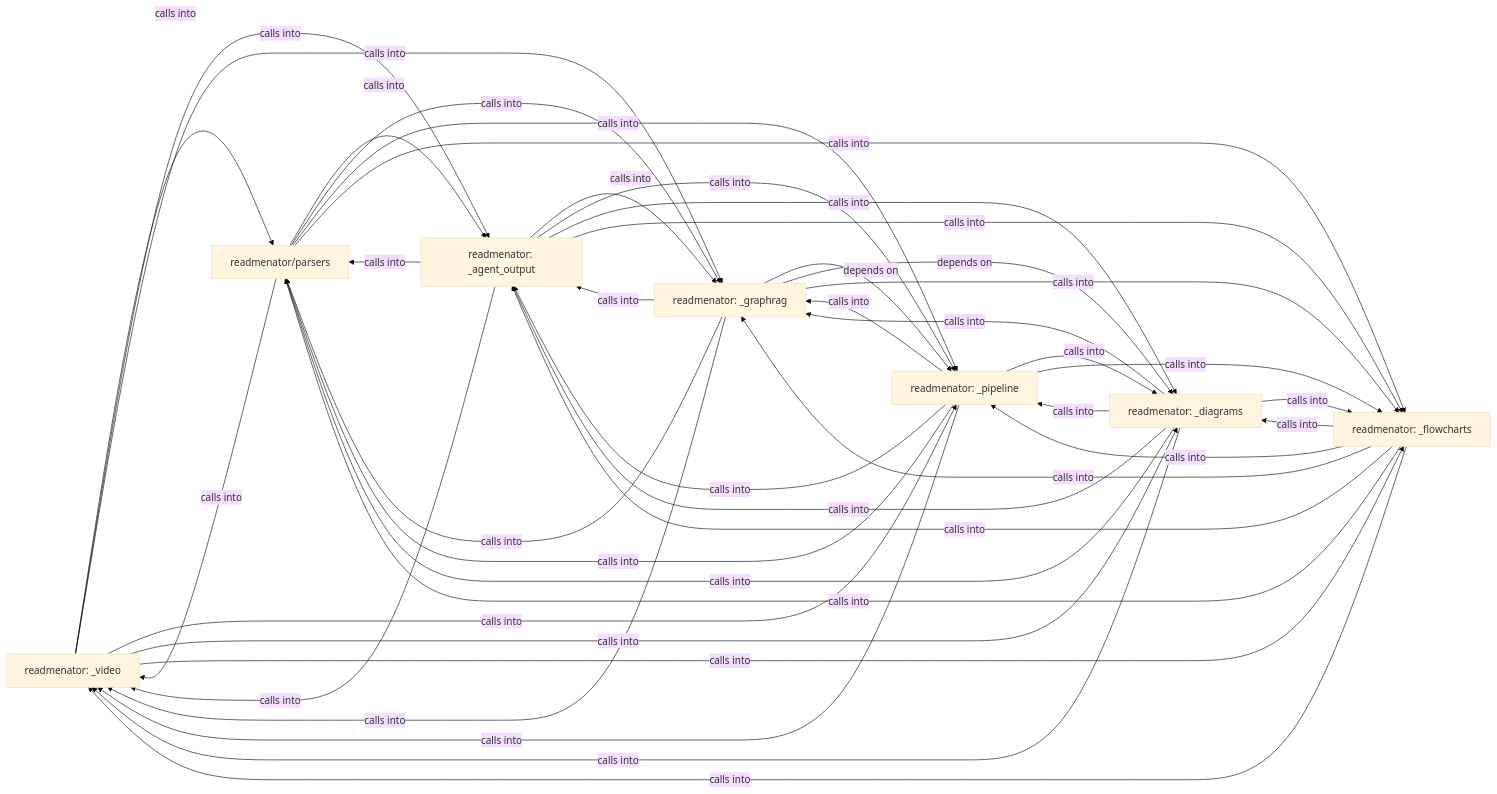
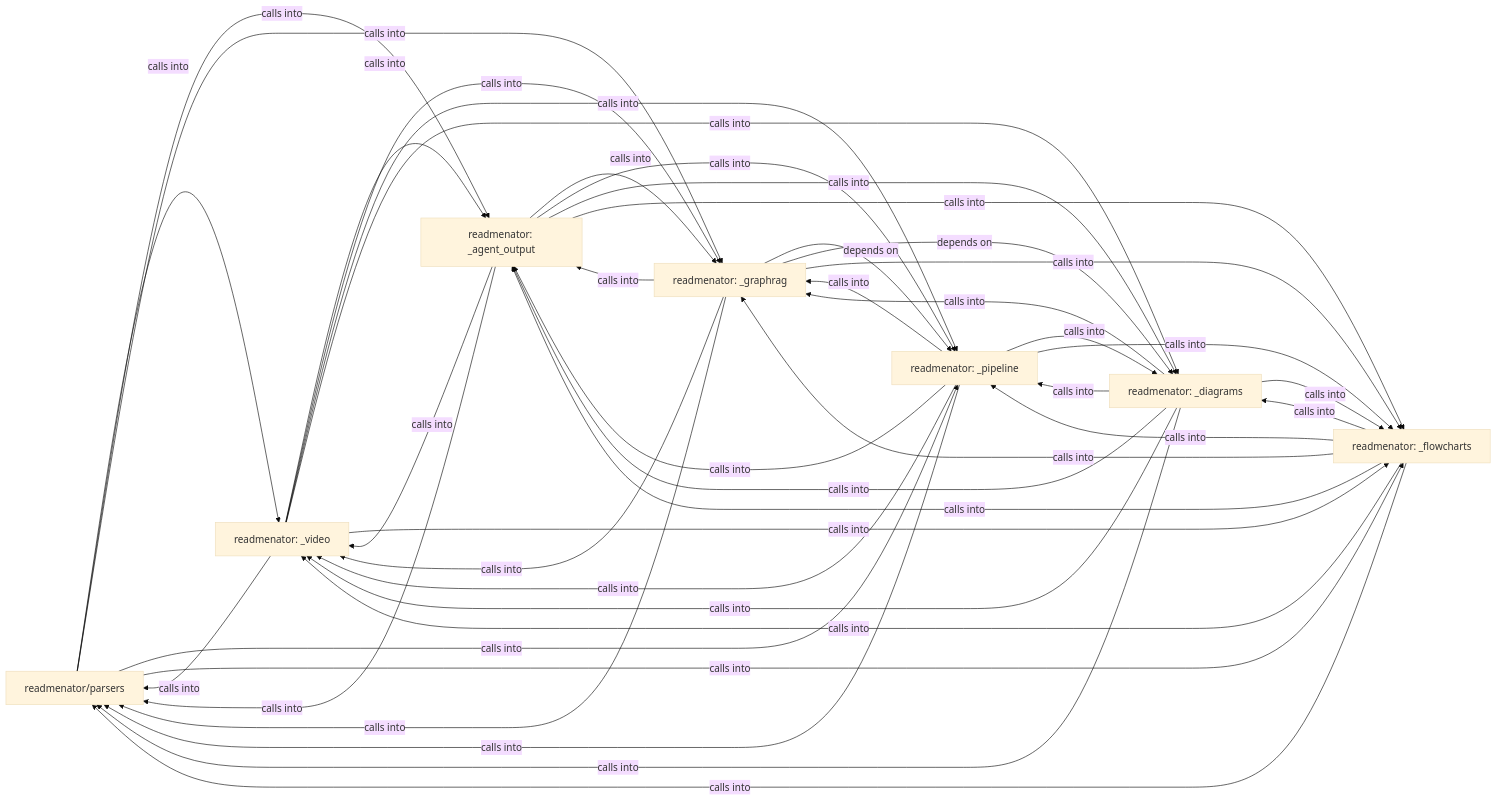
One commit to grisuno/ReadMenator changed the diagram in readmenator-diagrams/overview.md. Above: the diagram before and after it, drawn with Mermaid (base theme). The commit also changed other lines of this file and 187 other files, not shown here.

````diff
--- a/readmenator-diagrams/overview.md
+++ b/readmenator-diagrams/overview.md
@@ -1,58 +1,58 @@
 ```mermaid
 graph LR
+    readmenator_parsers["readmenator/parsers"]
     readmenator__video["readmenator: _video"]
-    readmenator_parsers["readmenator/parsers"]
     readmenator__agent_output["readmenator: _agent_output"]
     readmenator__graphrag["readmenator: _graphrag"]
     readmenator__pipeline["readmenator: _pipeline"]
     readmenator__diagrams["readmenator: _diagrams"]
     readmenator__flowcharts["readmenator: _flowcharts"]
+    readmenator_parsers -- "calls into" --> readmenator__video
+    readmenator_parsers -- "calls into" --> readmenator__agent_output
+    readmenator_parsers -- "calls into" --> readmenator__graphrag
+    readmenator_parsers -- "calls into" --> readmenator__pipeline
+    readmenator_parsers -- "calls into" --> readmenator__flowcharts
     readmenator__video -- "calls into" --> readmenator_parsers
     readmenator__video -- "calls into" --> readmenator__agent_output
     readmenator__video -- "calls into" --> readmenator__graphrag
     readmenator__video -- "calls into" --> readmenator__pipeline
     readmenator__video -- "calls into" --> readmenator__diagrams
     readmenator__video -- "calls into" --> readmenator__flowcharts
-    readmenator_parsers -- "calls into" --> readmenator__video
-    readmenator_parsers -- "calls into" --> readmenator__agent_output
-    readmenator_parsers -- "calls into" --> readmenator__graphrag
-    readmenator_parsers -- "calls into" --> readmenator__pipeline
-    readmenator_parsers -- "calls into" --> readmenator__flowcharts
+    readmenator__agent_output -- "calls into" --> readmenator_parsers
     readmenator__agent_output -- "calls into" --> readmenator__video
-    readmenator__agent_output -- "calls into" --> readmenator_parsers
     readmenator__agent_output -- "calls into" --> readmenator__graphrag
     readmenator__agent_output -- "calls into" --> readmenator__pipeline
     readmenator__agent_output -- "calls into" --> readmenator__diagrams
     readmenator__agent_output -- "calls into" --> readmenator__flowcharts
+    readmenator__graphrag -- "calls into" --> readmenator_parsers
     readmenator__graphrag -- "calls into" --> readmenator__video
-    readmenator__graphrag -- "calls into" --> readmenator_parsers
     readmenator__graphrag -- "calls into" --> readmenator__agent_output
     readmenator__graphrag -- "depends on" --> readmenator__pipeline
     readmenator__graphrag -- "depends on" --> readmenator__diagrams
     readmenator__graphrag -- "calls into" --> readmenator__flowcharts
+    readmenator__pipeline -- "calls into" --> readmenator_parsers
     readmenator__pipeline -- "calls into" --> readmenator__video
-    readmenator__pipeline -- "calls into" --> readmenator_parsers
     readmenator__pipeline -- "calls into" --> readmenator__agent_output
     readmenator__pipeline -- "calls into" --> readmenator__graphrag
     readmenator__pipeline -- "calls into" --> readmenator__diagrams
     readmenator__pipeline -- "calls into" --> readmenator__flowcharts
+    readmenator__diagrams -- "calls into" --> readmenator_parsers
     readmenator__diagrams -- "calls into" --> readmenator__video
-    readmenator__diagrams -- "calls into" --> readmenator_parsers
     readmenator__diagrams -- "calls into" --> readmenator__agent_output
     readmenator__diagrams -- "calls into" --> readmenator__graphrag
     readmenator__diagrams -- "calls into" --> readmenator__pipeline
     readmenator__diagrams -- "calls into" --> readmenator__flowcharts
+    readmenator__flowcharts -- "calls into" --> readmenator_parsers
     readmenator__flowcharts -- "calls into" --> readmenator__video
-    readmenator__flowcharts -- "calls into" --> readmenator_parsers
     readmenator__flowcharts -- "calls into" --> readmenator__agent_output
     readmenator__flowcharts -- "calls into" --> readmenator__graphrag
     readmenator__flowcharts -- "calls into" --> readmenator__pipeline
     readmenator__flowcharts -- "calls into" --> readmenator__diagrams
+    click readmenator_parsers href "./readmenator_parsers.md" "Details"
     click readmenator__video href "./readmenator__video.md" "Details"
-    click readmenator_parsers href "./readmenator_parsers.md" "Details"
     click readmenator__agent_output href "./readmenator__agent_output.md" "Details"
     click readmenator__graphrag href "./readmenator__graphrag.md" "Details"
     click readmenator__pipeline href "./readmenator__pipeline.md" "Details"
     click readmenator__diagrams href "./readmenator__diagrams.md" "Details"
     click readmenator__flowcharts href "./readmenator__flowcharts.md" "Details"
 ```
````
